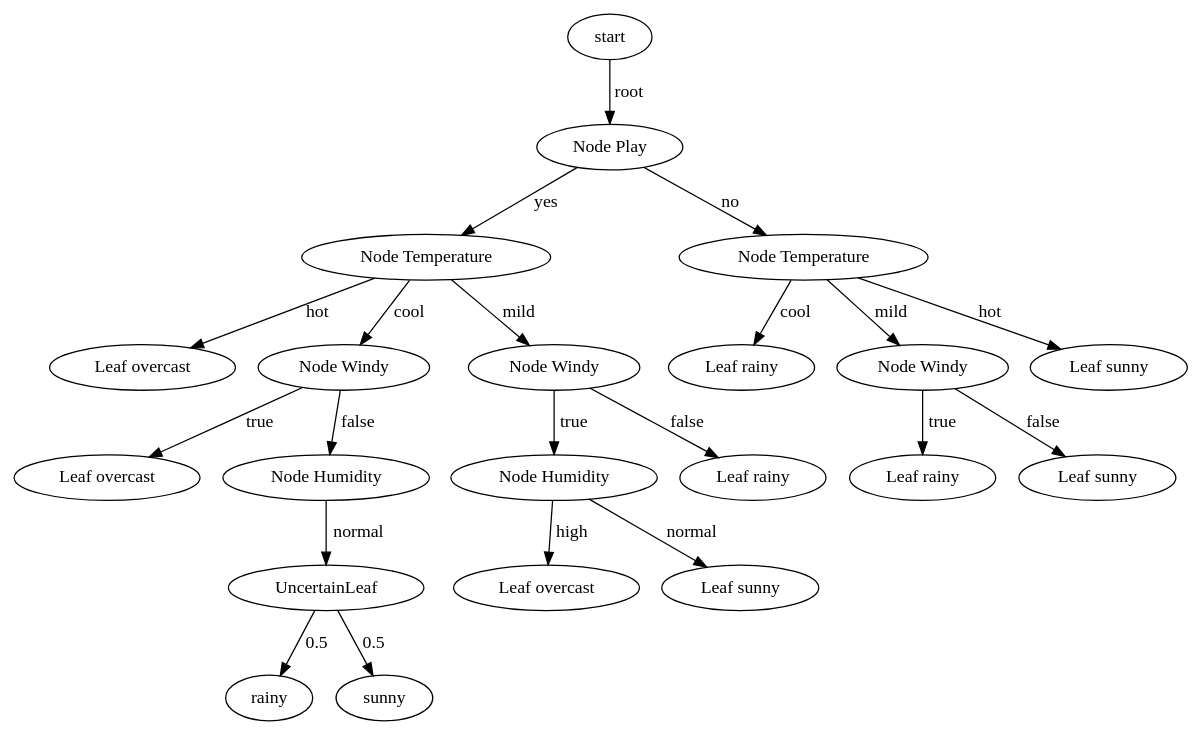
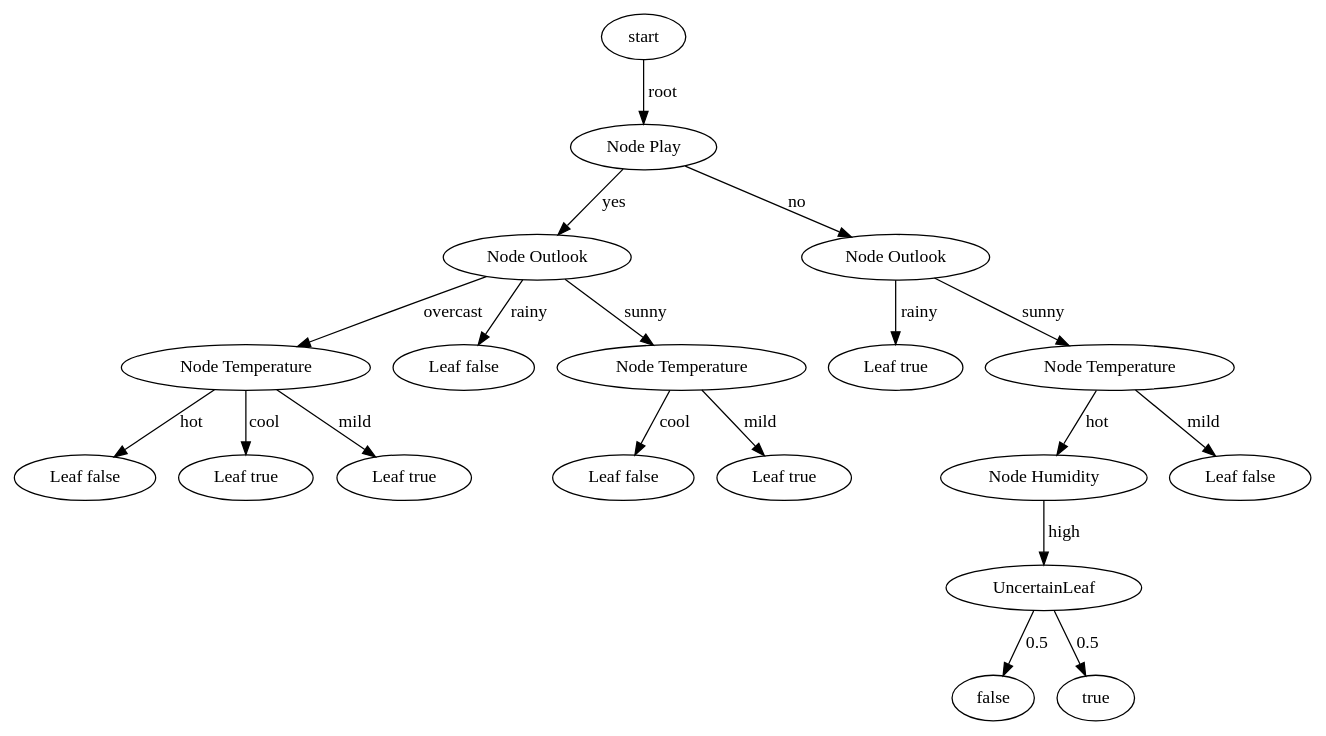
Before and after one commit to JorenVdV/Functional-Programming-Project: the diagram in weather.dot, drawn with Graphviz. The commit also changed 5 other files, not shown here.

```diff
--- a/weather.dot
+++ b/weather.dot
@@ -1,42 +1,38 @@
 digraph id3Tree{
 	start -> 	startroot [label="root"];
 	startroot [label="Node Play"];
 	startroot -> 	startrootyes [label="yes"];
-	startrootyes [label="Node Temperature"];
-	startrootyes -> 	startrootyeshot[label="hot"];
-	startrootyeshot[label="Leaf overcast"];
-	startrootyes -> 	startrootyescool [label="cool"];
-	startrootyescool [label="Node Windy"];
-	startrootyescool -> 	startrootyescooltrue[label="true"];
-	startrootyescooltrue[label="Leaf overcast"];
-	startrootyescool -> 	startrootyescoolfalse [label="false"];
-	startrootyescoolfalse [label="Node Humidity"];
-	startrootyescoolfalse -> 	startrootyescoolfalsenormal[label=normal];
-	startrootyescoolfalsenormal[label="UncertainLeaf"];
-	startrootyescoolfalsenormal -> 	startrootyescoolfalsenormalrainy [label=0.5];
-	startrootyescoolfalsenormalrainy [label="rainy"];
-	startrootyescoolfalsenormal -> 	startrootyescoolfalsenormalsunny [label=0.5];
-	startrootyescoolfalsenormalsunny [label="sunny"];
-	startrootyes -> 	startrootyesmild [label="mild"];
-	startrootyesmild [label="Node Windy"];
-	startrootyesmild -> 	startrootyesmildtrue [label="true"];
-	startrootyesmildtrue [label="Node Humidity"];
-	startrootyesmildtrue -> 	startrootyesmildtruehigh[label="high"];
-	startrootyesmildtruehigh[label="Leaf overcast"];
-	startrootyesmildtrue -> 	startrootyesmildtruenormal[label="normal"];
-	startrootyesmildtruenormal[label="Leaf sunny"];
-	startrootyesmild -> 	startrootyesmildfalse[label="false"];
-	startrootyesmildfalse[label="Leaf rainy"];
+	startrootyes [label="Node Outlook"];
+	startrootyes -> 	startrootyesovercast [label="overcast"];
+	startrootyesovercast [label="Node Temperature"];
+	startrootyesovercast -> 	startrootyesovercasthot[label="hot"];
+	startrootyesovercasthot[label="Leaf false"];
+	startrootyesovercast -> 	startrootyesovercastcool[label="cool"];
+	startrootyesovercastcool[label="Leaf true"];
+	startrootyesovercast -> 	startrootyesovercastmild[label="mild"];
+	startrootyesovercastmild[label="Leaf true"];
+	startrootyes -> 	startrootyesrainy[label="rainy"];
+	startrootyesrainy[label="Leaf false"];
+	startrootyes -> 	startrootyessunny [label="sunny"];
+	startrootyessunny [label="Node Temperature"];
+	startrootyessunny -> 	startrootyessunnycool[label="cool"];
+	startrootyessunnycool[label="Leaf false"];
+	startrootyessunny -> 	startrootyessunnymild[label="mild"];
+	startrootyessunnymild[label="Leaf true"];
 	startroot -> 	startrootno [label="no"];
-	startrootno [label="Node Temperature"];
-	startrootno -> 	startrootnocool[label="cool"];
-	startrootnocool[label="Leaf rainy"];
-	startrootno -> 	startrootnomild [label="mild"];
-	startrootnomild [label="Node Windy"];
-	startrootnomild -> 	startrootnomildtrue[label="true"];
-	startrootnomildtrue[label="Leaf rainy"];
-	startrootnomild -> 	startrootnomildfalse[label="false"];
-	startrootnomildfalse[label="Leaf sunny"];
-	startrootno -> 	startrootnohot[label="hot"];
-	startrootnohot[label="Leaf sunny"];
+	startrootno [label="Node Outlook"];
+	startrootno -> 	startrootnorainy[label="rainy"];
+	startrootnorainy[label="Leaf true"];
+	startrootno -> 	startrootnosunny [label="sunny"];
+	startrootnosunny [label="Node Temperature"];
+	startrootnosunny -> 	startrootnosunnyhot [label="hot"];
+	startrootnosunnyhot [label="Node Humidity"];
+	startrootnosunnyhot -> 	startrootnosunnyhothigh[label=high];
+	startrootnosunnyhothigh[label="UncertainLeaf"];
+	startrootnosunnyhothigh -> 	startrootnosunnyhothighfalse [label=0.5];
+	startrootnosunnyhothighfalse [label="false"];
+	startrootnosunnyhothigh -> 	startrootnosunnyhothightrue [label=0.5];
+	startrootnosunnyhothightrue [label="true"];
+	startrootnosunny -> 	startrootnosunnymild[label="mild"];
+	startrootnosunnymild[label="Leaf false"];
 }
```
